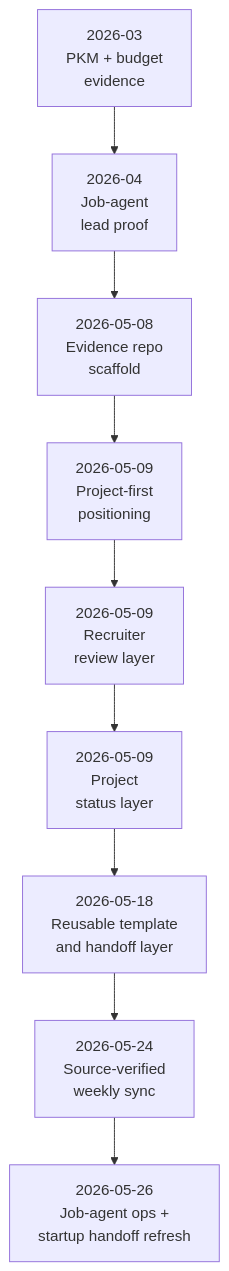
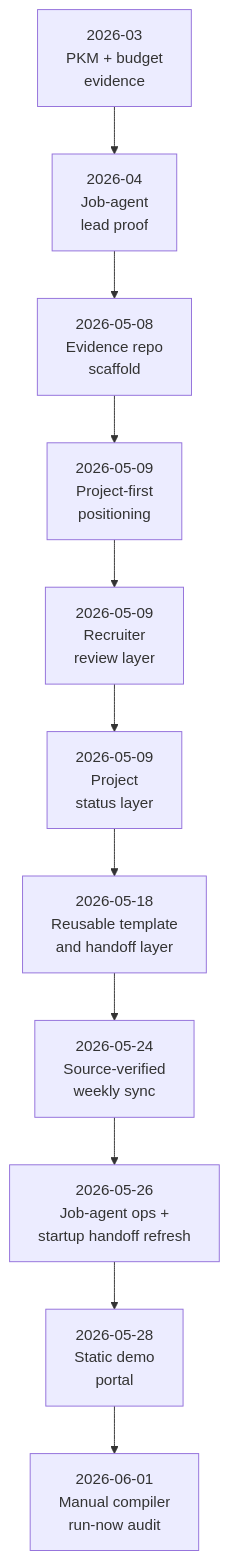
The diagram in PROJECT_TIMELINE.md (marcus-uden-dev/ai-native-proof-of-work), drawn with Mermaid before and after one commit. The commit also changed other lines of this file and 19 other files, not shown here.

````diff
--- a/PROJECT_TIMELINE.md
+++ b/PROJECT_TIMELINE.md
@@ -14,14 +14,16 @@
 ```mermaid
 flowchart TD
     M1["2026-03<br/>PKM + budget<br/>evidence"]
     M2["2026-04<br/>Job-agent<br/>lead proof"]
     M3["2026-05-08<br/>Evidence repo<br/>scaffold"]
     M4["2026-05-09<br/>Project-first<br/>positioning"]
     M5["2026-05-09<br/>Recruiter<br/>review layer"]
     M6["2026-05-09<br/>Project<br/>status layer"]
     M7["2026-05-18<br/>Reusable template<br/>and handoff layer"]
     M8["2026-05-24<br/>Source-verified<br/>weekly sync"]
     M9["2026-05-26<br/>Job-agent ops +<br/>startup handoff refresh"]
+    M10["2026-05-28<br/>Static demo<br/>portal"]
+    M11["2026-06-01<br/>Manual compiler<br/>run-now audit"]
 
-    M1 --> M2 --> M3 --> M4 --> M5 --> M6 --> M7 --> M8 --> M9
+    M1 --> M2 --> M3 --> M4 --> M5 --> M6 --> M7 --> M8 --> M9 --> M10 --> M11
 ```
````
